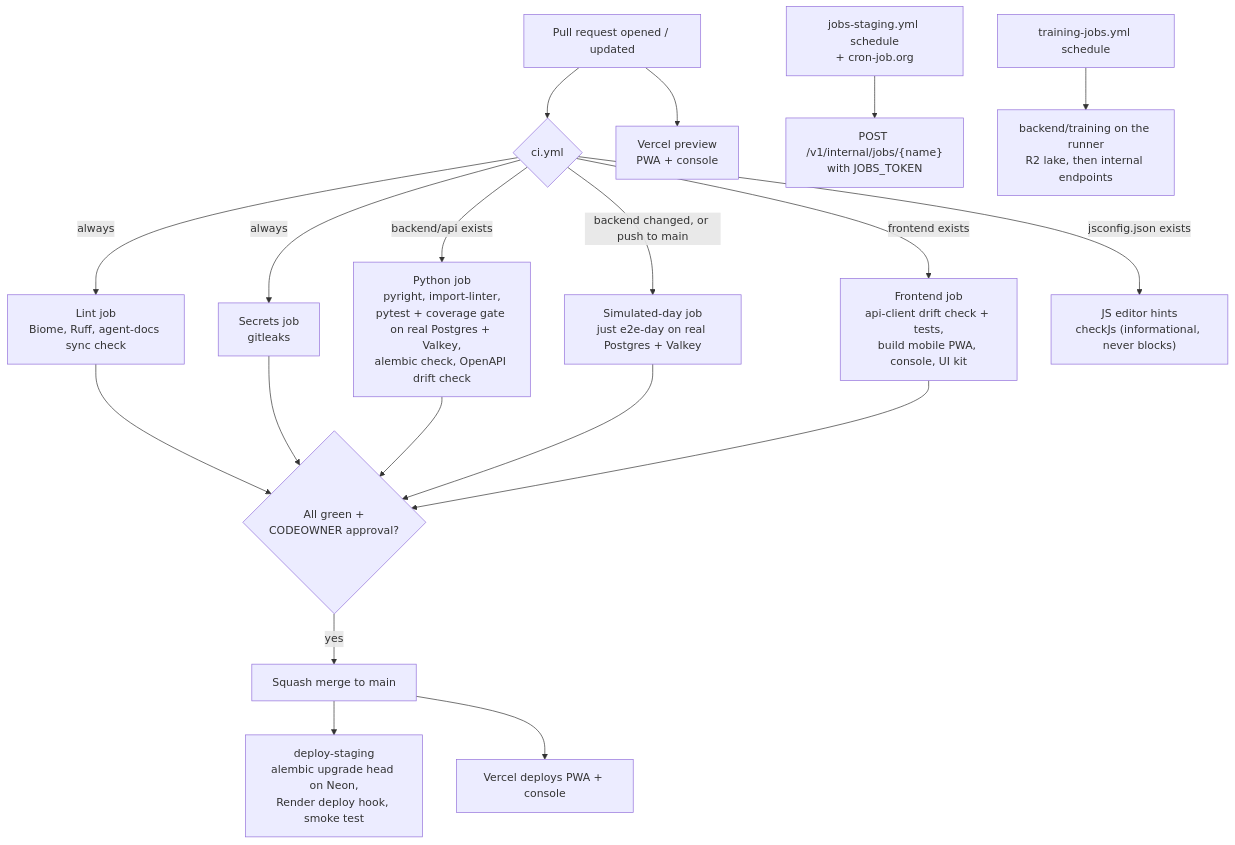
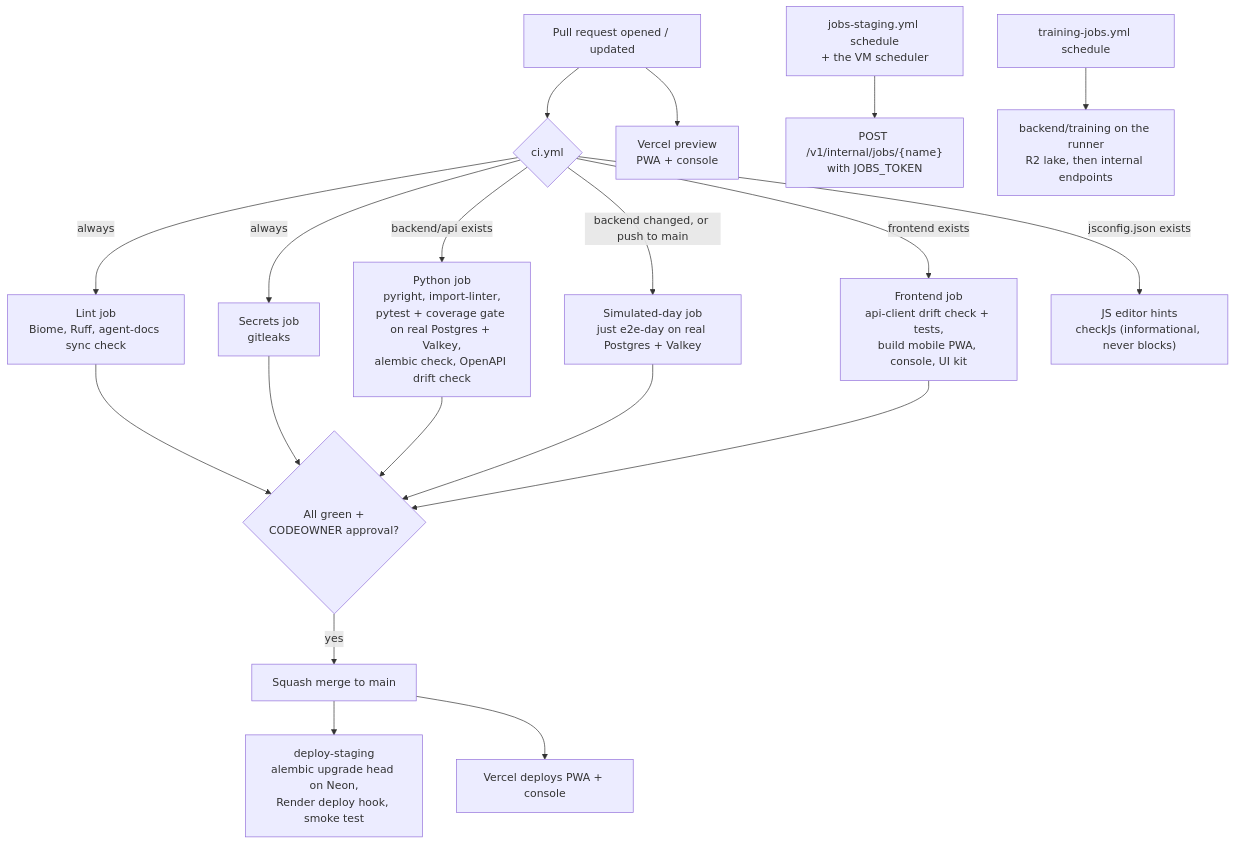
The second of 3 diagrams in docs/handbook/11-engineering-process.md (prelekar7/GharBasket), drawn with Mermaid before and after one commit. The commit also changed other lines of this file and 35 other files, not shown here.

````diff
--- a/docs/handbook/11-engineering-process.md
+++ b/docs/handbook/11-engineering-process.md
@@ -115,21 +115,21 @@
 ```mermaid
 flowchart TD
     PR["Pull request opened / updated"] --> CI{"ci.yml"}
     CI -->|always| LINT["Lint job<br/>Biome, Ruff, agent-docs sync check"]
     CI -->|always| SEC["Secrets job<br/>gitleaks"]
     CI -->|"backend/api exists"| PY["Python job<br/>pyright, import-linter,<br/>pytest + coverage gate on real Postgres + Valkey,<br/>alembic check, OpenAPI drift check"]
     CI -->|"backend changed, or push to main"| E2E["Simulated-day job<br/>just e2e-day on real Postgres + Valkey"]
     CI -->|"frontend exists"| FE["Frontend job<br/>api-client drift check + tests,<br/>build mobile PWA, console, UI kit"]
     CI -->|"jsconfig.json exists"| HINT["JS editor hints<br/>checkJs (informational, never blocks)"]
     PR --> VP["Vercel preview<br/>PWA + console"]
     LINT --> OK{"All green +<br/>CODEOWNER approval?"}
     SEC --> OK
     PY --> OK
     E2E --> OK
     FE --> OK
     OK -->|yes| MG["Squash merge to main"]
     MG --> STG["deploy-staging<br/>alembic upgrade head on Neon,<br/>Render deploy hook, smoke test"]
     MG --> VD["Vercel deploys PWA + console"]
-    SCH["jobs-staging.yml schedule<br/>+ cron-job.org"] --> JOB["POST /v1/internal/jobs/{name}<br/>with JOBS_TOKEN"]
+    SCH["jobs-staging.yml schedule<br/>+ the VM scheduler"] --> JOB["POST /v1/internal/jobs/{name}<br/>with JOBS_TOKEN"]
     TRN["training-jobs.yml schedule"] --> TRJ["backend/training on the runner<br/>R2 lake, then internal endpoints"]
 ```
````
